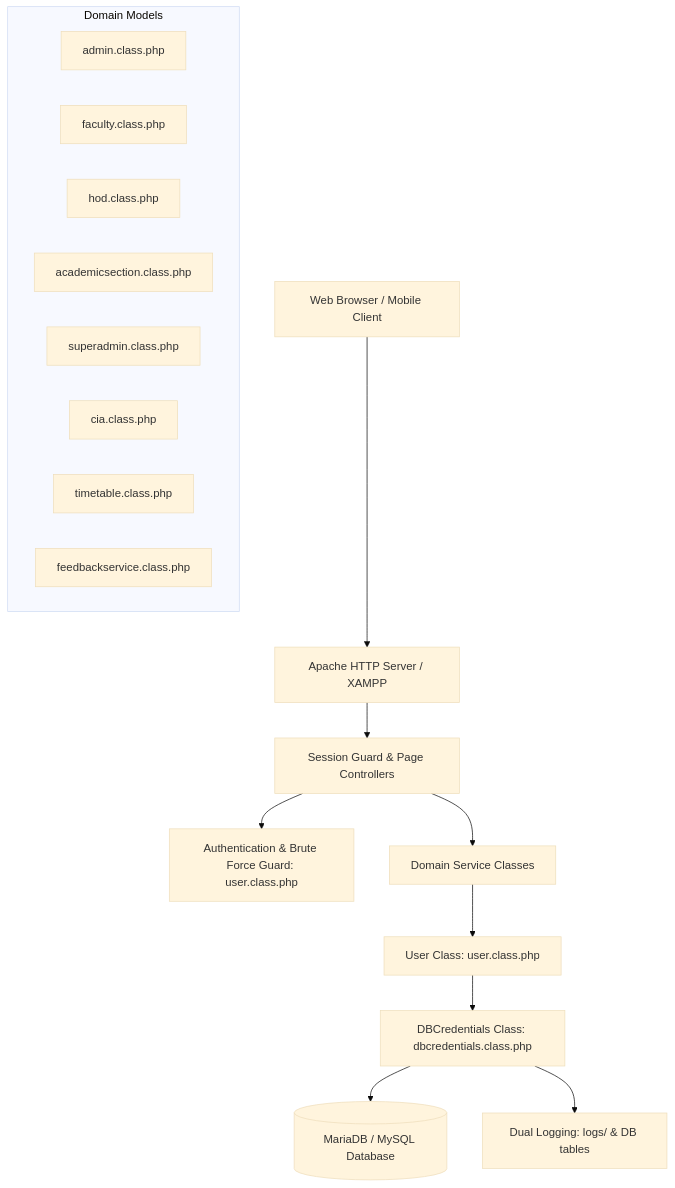
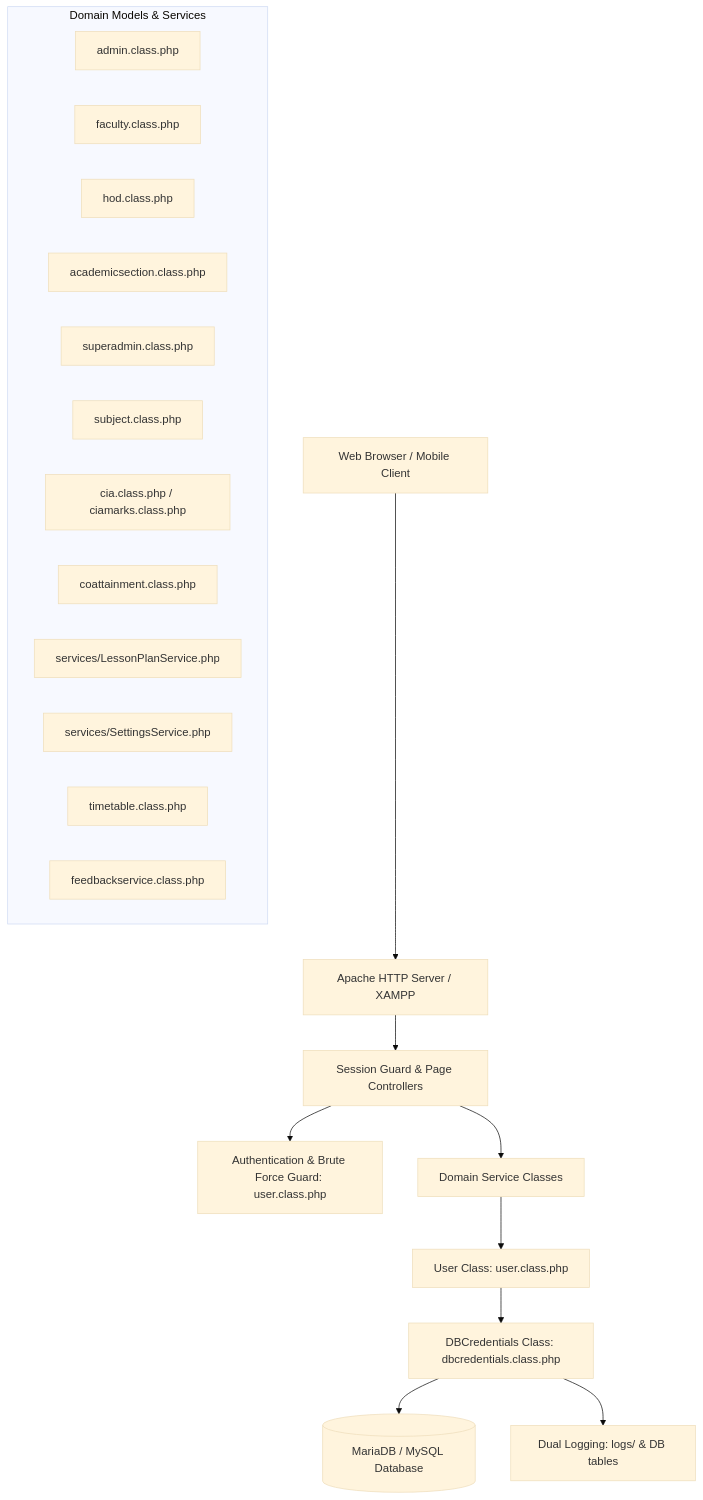
The diagram in docs/README.md (katamanilprojects/sarb_cea), drawn with Mermaid (base theme) before and after one commit. The commit also changed other lines of this file and 17 other files, not shown here.

````diff
--- a/docs/README.md
+++ b/docs/README.md
@@ -43,23 +44,27 @@
 ```mermaid
 graph TD
     Client[Web Browser / Mobile Client] --> Apache[Apache HTTP Server / XAMPP]
     Apache --> Router[Session Guard & Page Controllers]
     Router --> Auth[Authentication & Brute Force Guard: user.class.php]
     Router --> Domain[Domain Service Classes]
     
-    subgraph Domain Models
+    subgraph Domain Models & Services
         Admin[admin.class.php]
         Faculty[faculty.class.php]
         HOD[hod.class.php]
         Acad[academicsection.class.php]
         SuperAdmin[superadmin.class.php]
-        CIA[cia.class.php]
+        Subject[subject.class.php]
+        CIA[cia.class.php / ciamarks.class.php]
+        OBE[coattainment.class.php]
+        LessonPlan[services/LessonPlanService.php]
+        Settings[services/SettingsService.php]
         Timetable[timetable.class.php]
         Feedback[feedbackservice.class.php]
     end
     
     Domain --> BaseUser[User Class: user.class.php]
     BaseUser --> BaseDB[DBCredentials Class: dbcredentials.class.php]
     BaseDB --> MariaDB[(MariaDB / MySQL Database)]
     BaseDB --> Logs[Dual Logging: logs/ & DB tables]
 ```
````
